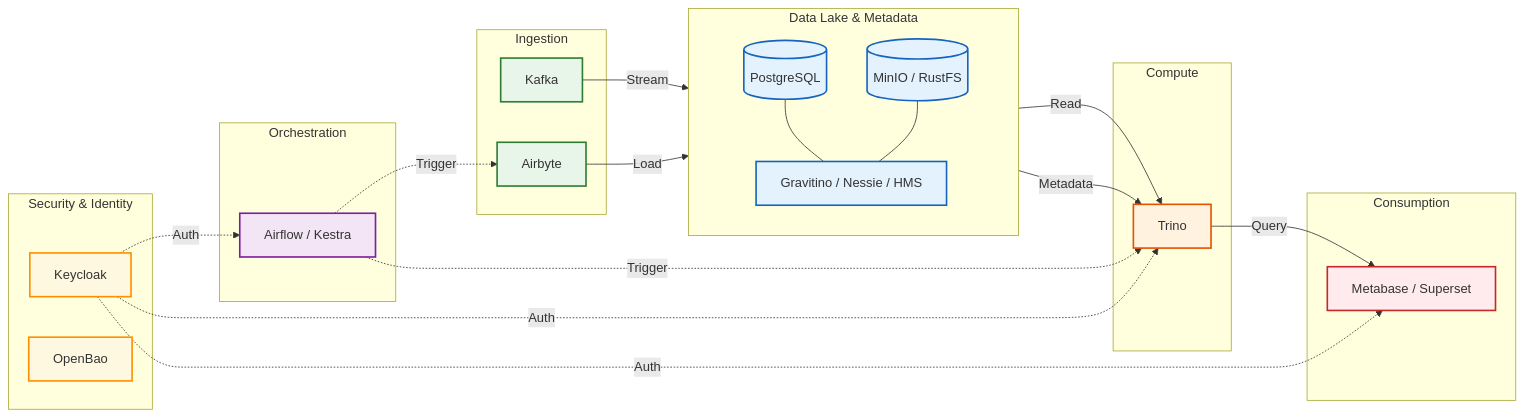
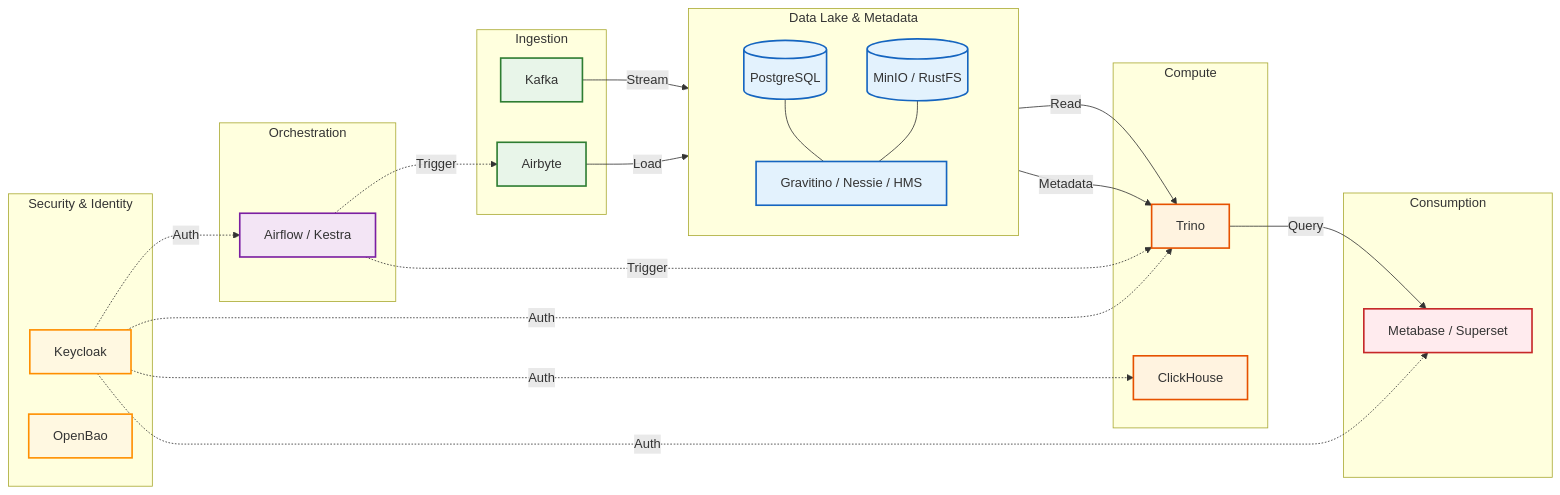
Before and after one commit to daun-gatal/terraform-modules: the diagram in README.md, drawn with Mermaid. The commit also changed other lines of this file and 18 other files, not shown here.

````diff
--- a/README.md
+++ b/README.md
@@ -16,58 +16,60 @@
 ```mermaid
 graph LR
     %% Styles
     classDef orchestration fill:#f3e5f5,stroke:#7b1fa2,stroke-width:2px,color:#black;
     classDef ingestion fill:#e8f5e9,stroke:#2e7d32,stroke-width:2px,color:#black;
     classDef storage fill:#e3f2fd,stroke:#1565c0,stroke-width:2px,color:#black;
     classDef compute fill:#fff3e0,stroke:#e65100,stroke-width:2px,color:#black;
     classDef bi fill:#ffebee,stroke:#c62828,stroke-width:2px,color:#black;
     classDef security fill:#fff8e1,stroke:#ff8f00,stroke-width:2px,color:#black;
 
     %% Nodes
     subgraph Orch_Group [Orchestration]
         Orch[Airflow / Kestra]:::orchestration
     end
 
     subgraph Ingest_Group [Ingestion]
         Kafka[Kafka]:::ingestion
         Airbyte[Airbyte]:::ingestion
     end
 
     subgraph Data_Group [Data Lake & Metadata]
         direction TB
         Lake[(MinIO / RustFS)]:::storage
         Catalog[Gravitino / Nessie / HMS]:::storage
         MetaDB[(PostgreSQL)]:::storage
     end
 
     subgraph Compute_Group [Compute]
         Trino[Trino]:::compute
+        ClickHouse[ClickHouse]:::compute
     end
 
     subgraph BI_Group [Consumption]
         BI[Metabase / Superset]:::bi
     end
 
     subgraph Security_Group [Security & Identity]
         Keycloak[Keycloak]:::security
         OpenBao[OpenBao]:::security
     end
 
     %% Edge Wiring
     Kafka -->|Stream| Lake
     Airbyte -->|Load| Lake
     Lake -->|Read| Trino
     Catalog -->|Metadata| Trino
     MetaDB --- Catalog
     Lake --- Catalog
     Trino -->|Query| BI
 
     Orch -.->|Trigger| Airbyte
     Orch -.->|Trigger| Trino
 
     Keycloak -.->|Auth| Orch
     Keycloak -.->|Auth| Trino
+    Keycloak -.->|Auth| ClickHouse
     Keycloak -.->|Auth| BI
 
     linkStyle default interpolate basis
 ```
````
